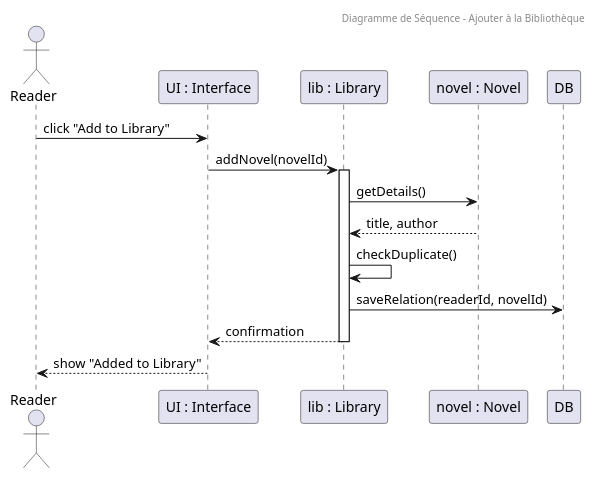
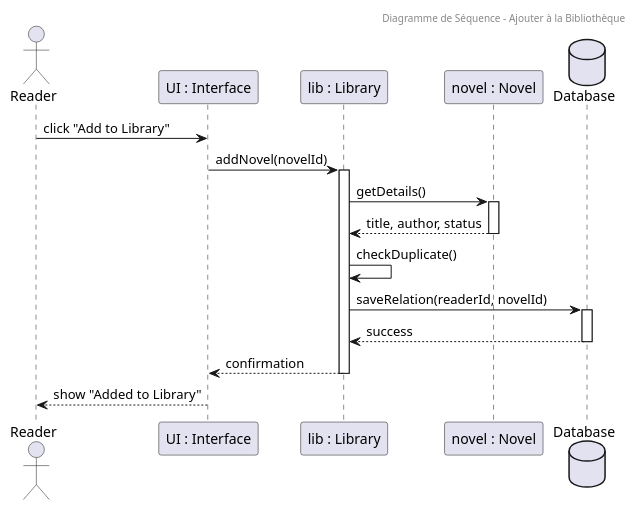
The diagram in src/Sequence/library.wsd (matthieuzajac/UML_project), drawn with PlantUML before and after one commit. The commit also changed 21 other files, not shown here.

Commit message:
Complete UML documentation for Royal Road clone webnovel platform

```diff
--- a/src/Sequence/library.wsd
+++ b/src/Sequence/library.wsd
@@ -1,18 +1,24 @@
 @startuml adding novel to library
 header Diagramme de Séquence - Ajouter à la Bibliothèque
 actor Reader as R
 participant "UI : Interface" as UI
 participant "lib : Library" as L
 participant "novel : Novel" as N
+database "Database" as DB
 
 R -> UI : click "Add to Library"
 UI -> L : addNovel(novelId)
 activate L
 L -> N : getDetails()
-N --> L : title, author
+activate N
+N --> L : title, author, status
+deactivate N
 L -> L : checkDuplicate()
 L -> DB : saveRelation(readerId, novelId)
+activate DB
+DB --> L : success
+deactivate DB
 L --> UI : confirmation
 deactivate L
 UI --> R : show "Added to Library"
 @enduml
```
